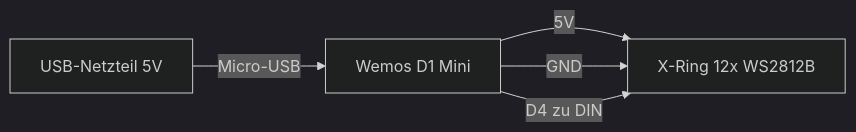
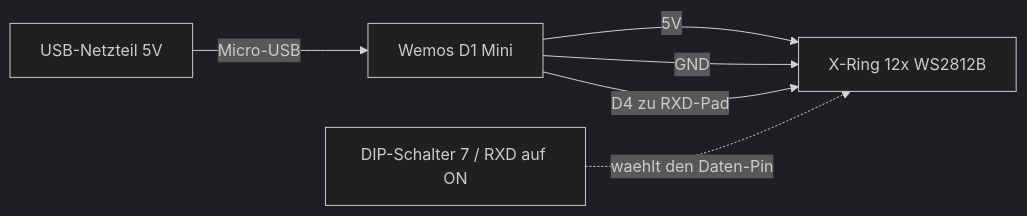
Before and after one commit to pedakas/ESP8266-Fronius-SolarWeb-LED-Ring: the diagram in README.md, drawn with Mermaid (dark theme). The commit also changed other lines of this file and 1 other file, not shown here.

Commit message:
README/Sketch: X-Ring DIP-Schalter-Dokumentation ergaenzt (Datenleitung an RXD-Pad, Schalter 7 ON)

````diff
--- a/README.md
+++ b/README.md
@@ -44,7 +44,8 @@
 ```mermaid
 flowchart LR
     NETZ[USB-Netzteil 5V] -->|Micro-USB| D1[Wemos D1 Mini]
     D1 -->|5V| XR[X-Ring 12x WS2812B]
     D1 -->|GND| XR
-    D1 -->|D4 zu DIN| XR
+    D1 -->|D4 zu RXD-Pad| XR
+    DIP[DIP-Schalter 7 / RXD auf ON] -.->|waehlt den Daten-Pin| XR
 ```
````
